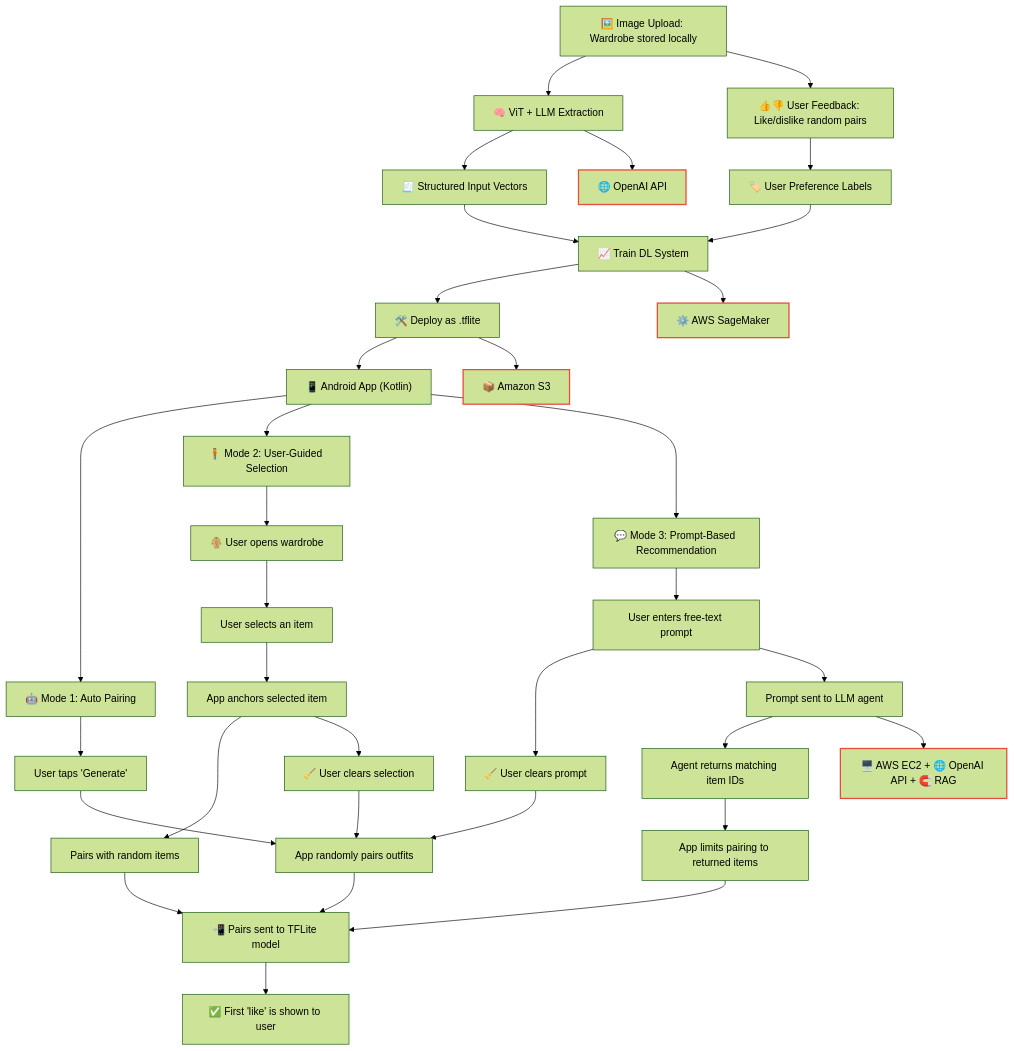
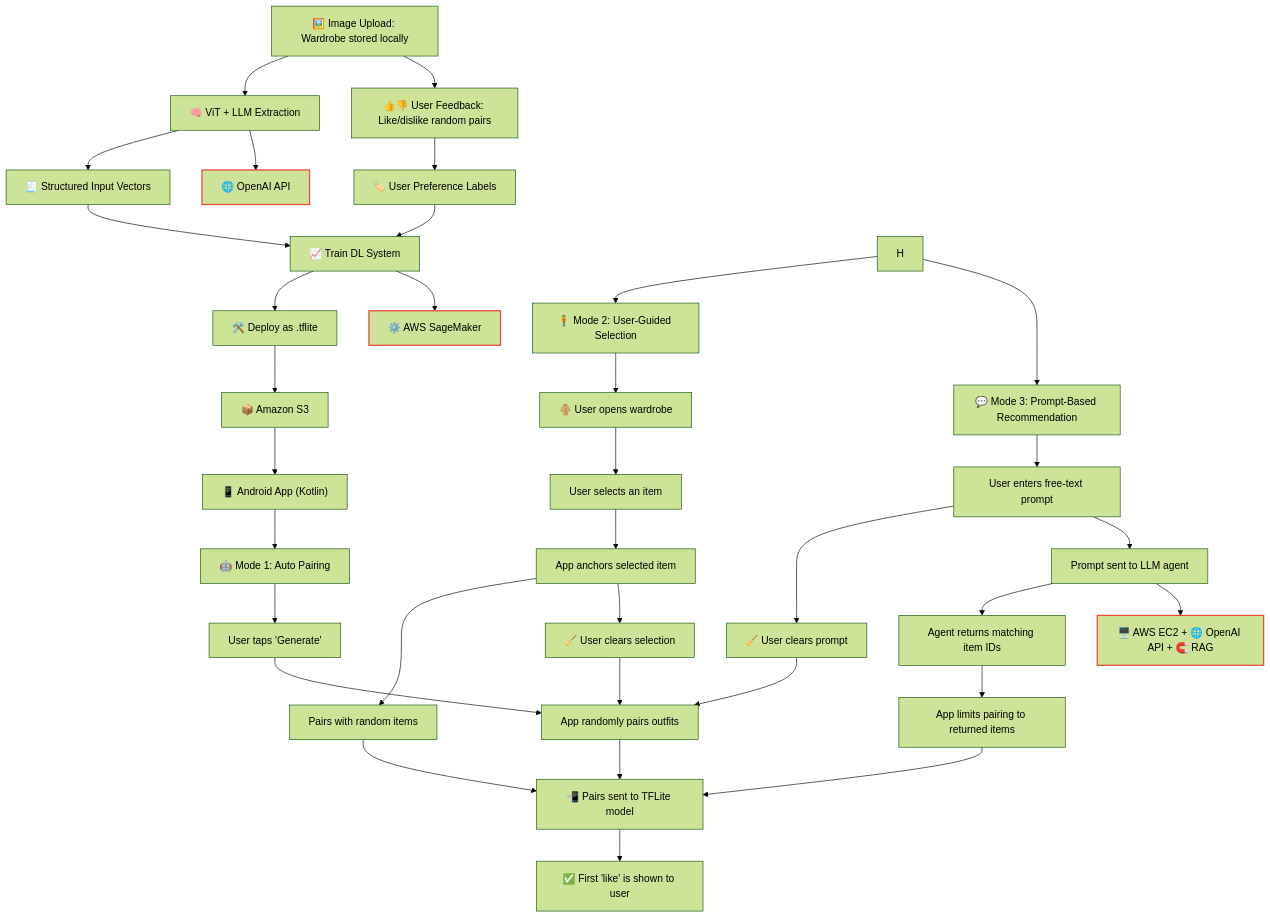
The diagram in README.md (DressMe-AI/awesome-dressmeai), drawn with Mermaid (forest theme) before and after one commit.

````diff
--- a/README.md
+++ b/README.md
@@ -44,56 +44,55 @@
 ```mermaid
 flowchart TD
     %% Core pipeline
     A["🖼️ Image Upload: Wardrobe stored locally"] --> B
     A --> C
     B["🧠 ViT + LLM Extraction"] --> D
     C["👍👎 User Feedback: Like/dislike random pairs"] --> E
     D["🧾 Structured Input Vectors"] --> F
     E["🏷️ User Preference Labels"] --> F
     F["📈 Train DL System"] --> G
-    G["🛠️ Deploy as .tflite"] --> H
-    H["📱 Android App (Kotlin)"] --> I1_start
+    G["🛠️ Deploy as .tflite"] --> H1
+    H1["📦 Amazon S3"] --> H2
+    H2["📱 Android App (Kotlin)"] --> I1_start
     H --> I2_start
     H --> I3_start
 
     %% Mode 1
     I1_start["🤖 Mode 1: Auto Pairing"] --> I1_a["User taps 'Generate'"]
     I1_a --> I1_b["App randomly pairs outfits"]
     I1_b --> I_common
 
     %% Mode 2
     I2_start["🧍 Mode 2: User-Guided Selection"] --> I2_a["🧥 User opens wardrobe"]
     I2_a --> I2_access["User selects an item"]
     I2_access --> I2_b["App anchors selected item"]
     I2_b --> I2_c["Pairs with random items"]
     I2_b --> I2_fallback["🧹 User clears selection"]
     I2_fallback --> I1_b
     I2_c --> I_common
 
     %% Mode 3
     I3_start["💬 Mode 3: Prompt-Based Recommendation"] --> I3_a["User enters free-text prompt"]
     I3_a --> I3_fallback["🧹 User clears prompt"]
     I3_fallback --> I1_b
     I3_a --> I3_b["Prompt sent to LLM agent"]
     I3_b --> I3_c["Agent returns matching item IDs"]
     I3_c --> I3_d["App limits pairing to returned items"]
     I3_d --> I_common
 
     %% Shared DL inference
     I_common["📲 Pairs sent to TFLite model"] --> I_final["✅ First 'like' is shown to user"]
 
     %% External systems as side nodes
     ext_openai["🌐 OpenAI API"]:::external
     ext_ec2["🖥️ AWS EC2 + 🌐 OpenAI API + 🧲 RAG"]:::external
     ext_sagemaker["⚙️ AWS SageMaker"]:::external
-    ext_s3["📦 Amazon S3"]:::external
 
     %% Arrows to external systems
     B --> ext_openai
     I3_b --> ext_ec2
     F --> ext_sagemaker
-    G --> ext_s3
 
     %% Styling for external nodes
     classDef external stroke:#e74c3c,stroke-width:2px;
 ```
````
